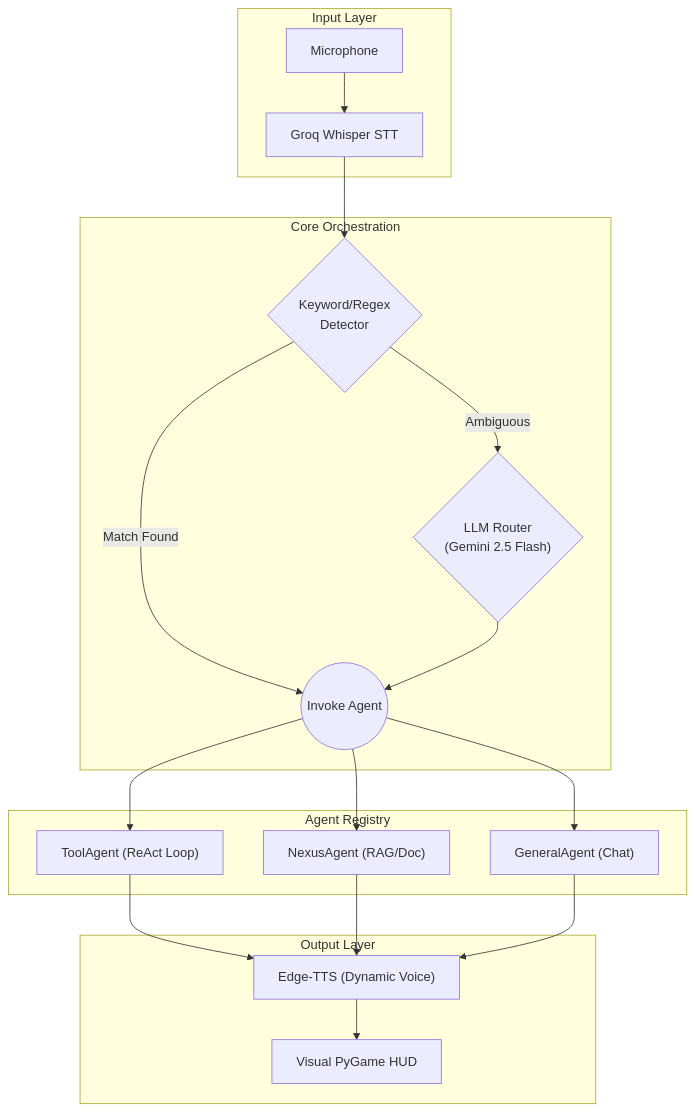
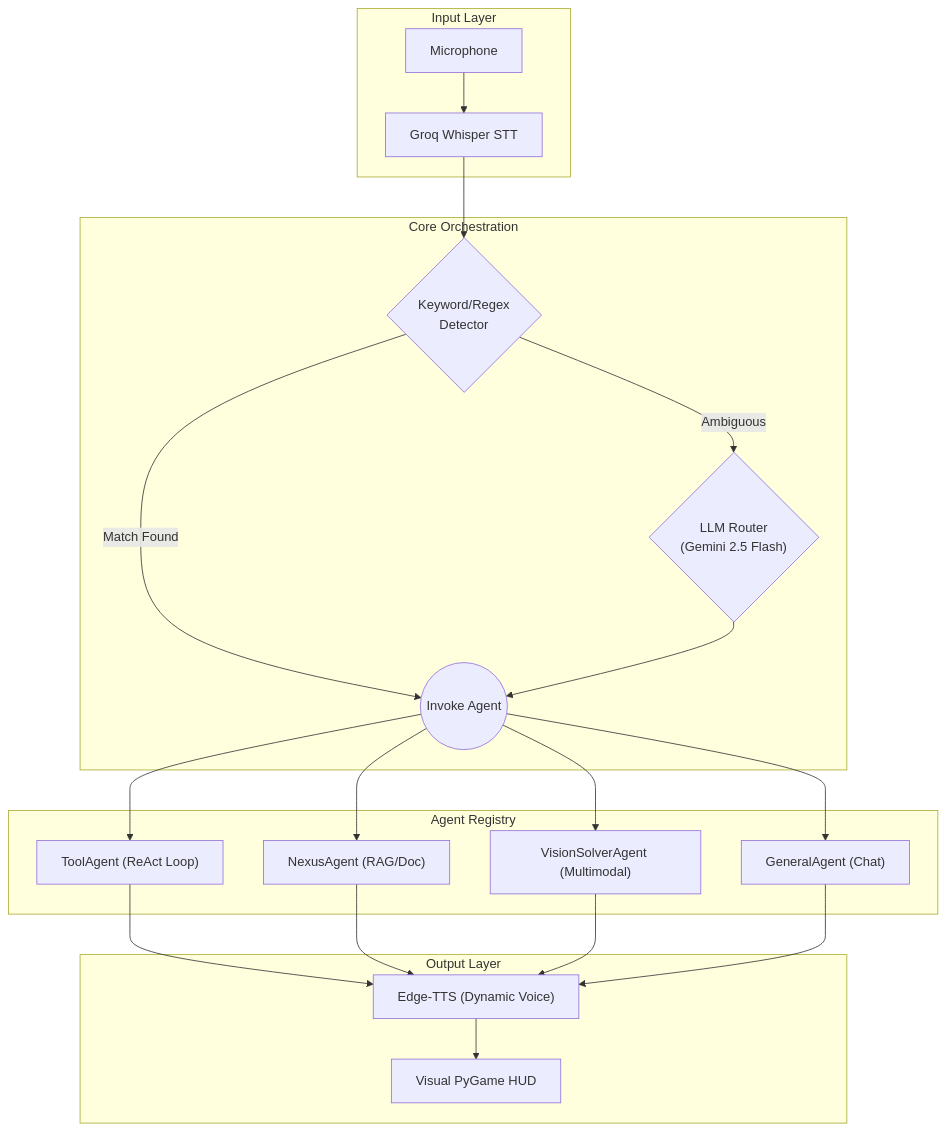
One commit to NeuroMachina01/J.A.R.V.I.S. changed the diagram in README.md. Above: the diagram before and after it, drawn with Mermaid. The commit also changed other lines of this file, not shown here.

Commit message:
docs: Add VisionSolverAgent to README and Architecture Graph

````diff
--- a/README.md
+++ b/README.md
@@ -37,42 +38,45 @@
 ```mermaid
 graph TD
     %% Input Sources
     subgraph Input ["Input Layer"]
         Mic["Microphone"] --> STT["Groq Whisper STT"]
     end
 
     %% Core Pipeline
     subgraph Brain ["Core Orchestration"]
         KD{"Keyword/Regex\nDetector"}
         Router{"LLM Router\n(Gemini 2.5 Flash)"}
         
         STT --> KD
         KD -- "Match Found" --> AgentHandoff
         KD -- "Ambiguous" --> Router
         Router --> AgentHandoff
     end
     
     %% Agents
     subgraph Agents ["Agent Registry"]
         AgentHandoff((Invoke Agent))
         Tool["ToolAgent (ReAct Loop)"]
         Nexus["NexusAgent (RAG/Doc)"]
+        Vision["VisionSolverAgent (Multimodal)"]
         Gen["GeneralAgent (Chat)"]
         
         AgentHandoff --> Tool
         AgentHandoff --> Nexus
+        AgentHandoff --> Vision
         AgentHandoff --> Gen
     end
 
     %% Output
     subgraph Output ["Output Layer"]
         TTS["Edge-TTS (Dynamic Voice)"]
         HUD["Visual PyGame HUD"]
         
         Tool --> TTS
         Nexus --> TTS
+        Vision --> TTS
         Gen --> TTS
         
         TTS --> HUD
     end
 ```
````
